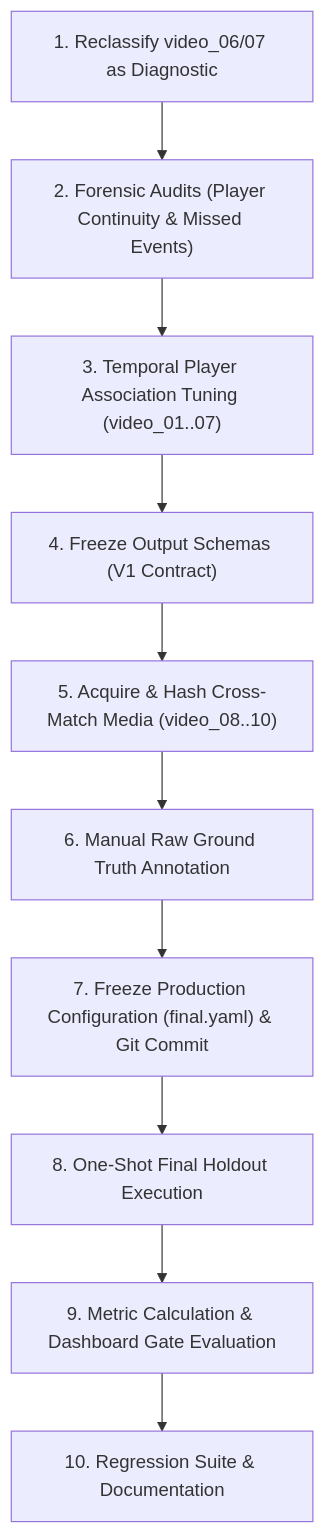
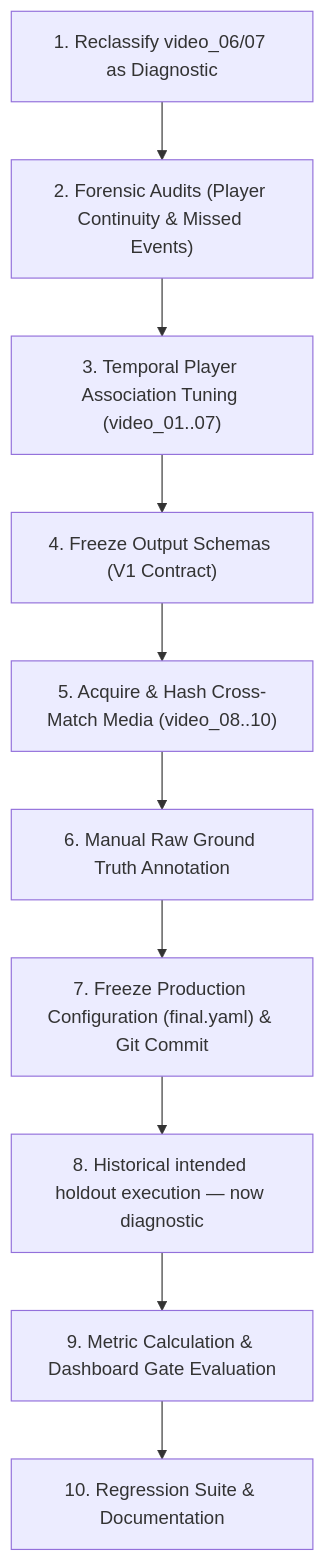
One commit to OSAMAHNJAERAN/tennis-ai-agent changed the diagram in docs/plans/PHASE6_4_PRODUCTION_QUALIFICATION_PLAN.md. Above: the diagram before and after it, drawn with Mermaid. The commit also changed other lines of this file and 53 other files, not shown here.

````diff
--- a/docs/plans/PHASE6_4_PRODUCTION_QUALIFICATION_PLAN.md
+++ b/docs/plans/PHASE6_4_PRODUCTION_QUALIFICATION_PLAN.md
@@ -46,12 +55,12 @@
 ```mermaid
 graph TD
     A["1. Reclassify video_06/07 as Diagnostic"] --> B["2. Forensic Audits (Player Continuity & Missed Events)"]
     B --> C["3. Temporal Player Association Tuning (video_01..07)"]
     C --> D["4. Freeze Output Schemas (V1 Contract)"]
     D --> E["5. Acquire & Hash Cross-Match Media (video_08..10)"]
     E --> F["6. Manual Raw Ground Truth Annotation"]
     F --> G["7. Freeze Production Configuration (final.yaml) & Git Commit"]
-    G --> H["8. One-Shot Final Holdout Execution"]
+    G --> H["8. Historical intended holdout execution — now diagnostic"]
     H --> I["9. Metric Calculation & Dashboard Gate Evaluation"]
     I --> J["10. Regression Suite & Documentation"]
 ```
````
